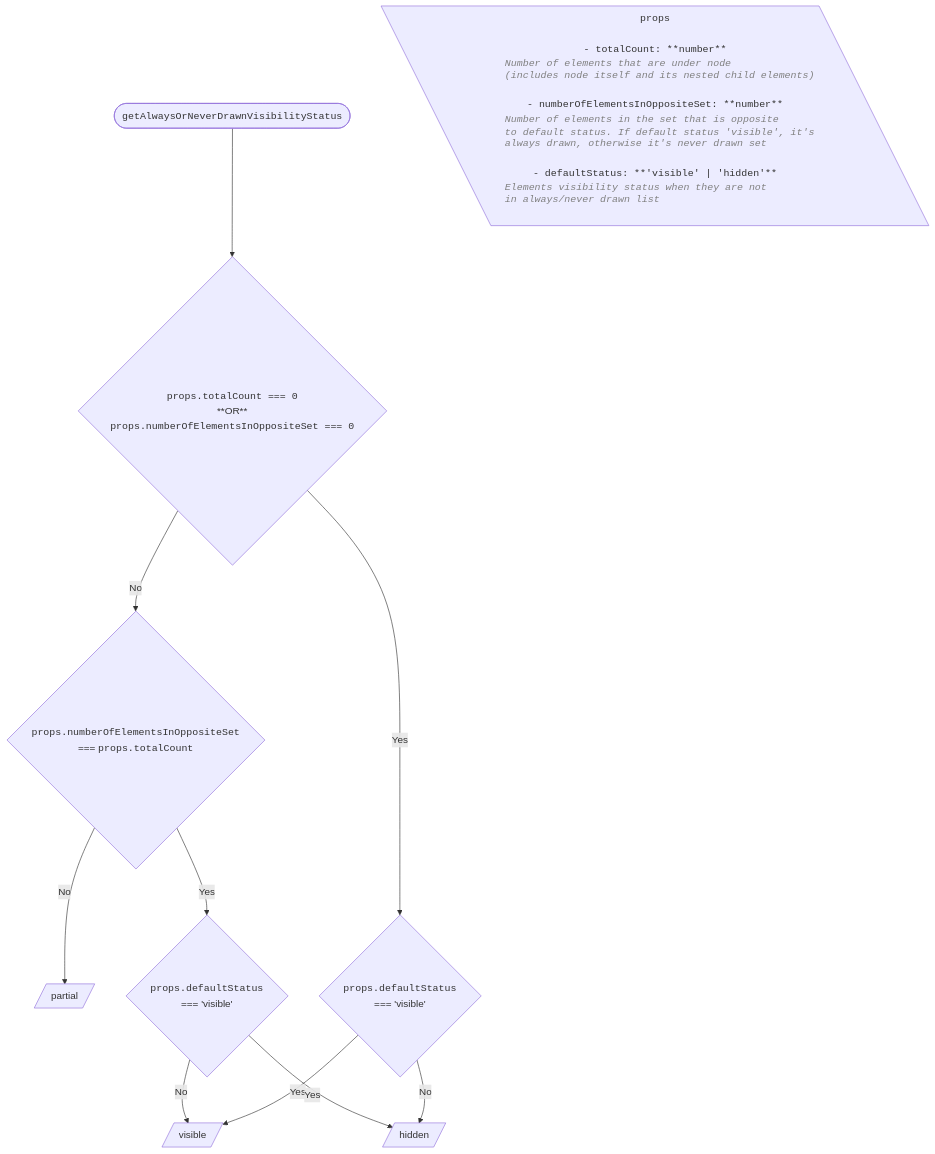
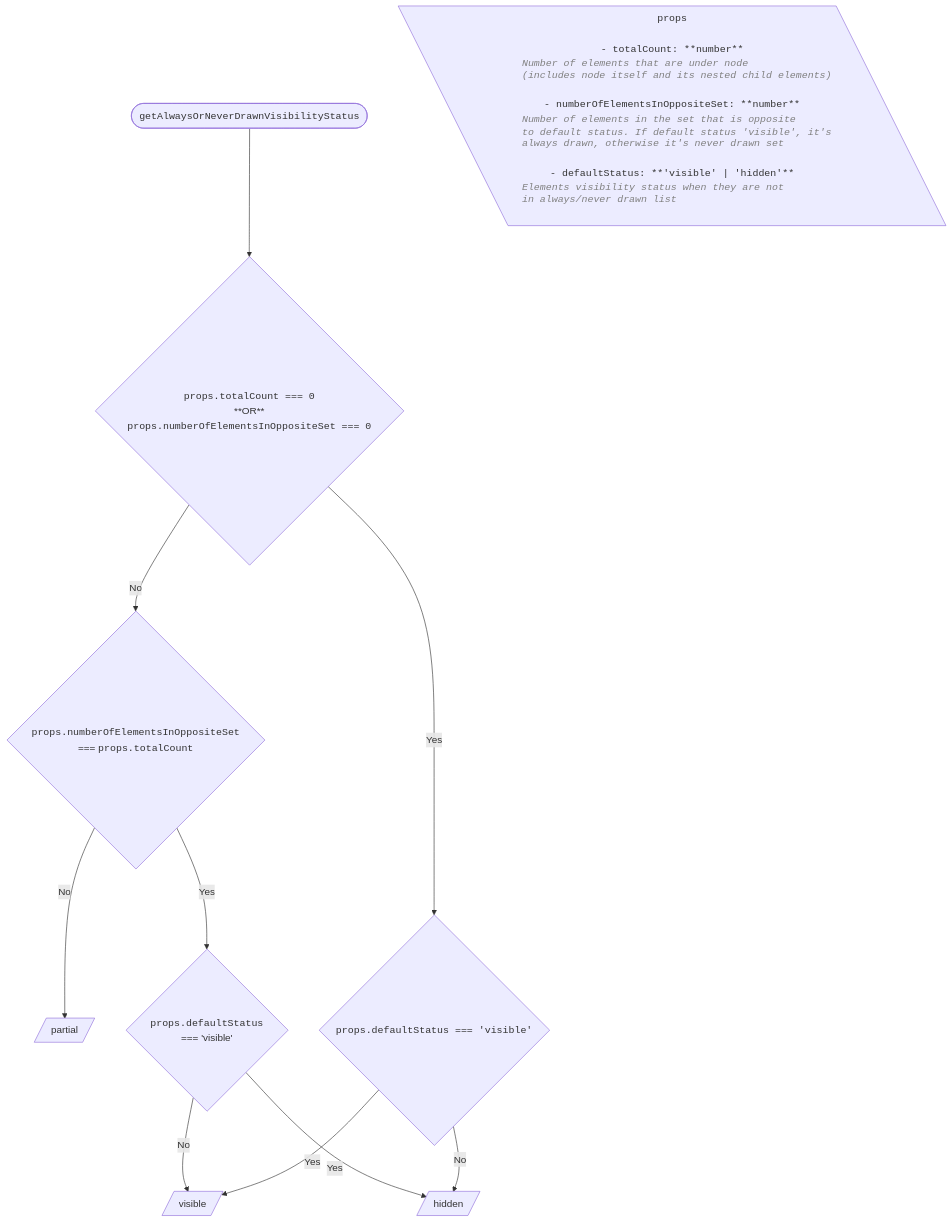
Before and after one commit to iTwin/viewer-components-react: the sixth of 6 diagrams in packages/itwin/tree-widget/docs/SharedVisibilityHandling.md, drawn with Mermaid.

````diff
--- a/packages/itwin/tree-widget/docs/SharedVisibilityHandling.md
+++ b/packages/itwin/tree-widget/docs/SharedVisibilityHandling.md
@@ -387,56 +387,56 @@
 ```mermaid
 ---
 config:
   flowchart:
     wrappingWidth: 750
     useMaxWidth: false
 ---
 
 flowchart TD
   RESULT_Partial[/partial/]
   RESULT_Visible[/visible/]
   RESULT_Hidden[/hidden/]
 
   %% Start
   TITLE(["<code>getAlwaysOrNeverDrawnVisibilityStatus</code>"]) --> A{"<code>props.totalCount === 0</code><br/>**OR**<br/><code>props.numberOfElementsInOppositeSet === 0</code>"}
 
   PROPS[\"
     <code>props</code>
     <code style='text-align: left; line-height: 1.2'>
       - totalCount: **number**
       %% need !important on color since to not take the config color
      <span style='color: #808080 !important; font-style: italic; margin-top: 4px; display: block; margin-left: 15px'>Number of elements that are under node <br/> (includes node itself and its nested child elements)
      </span>
       - numberOfElementsInOppositeSet: **number**
       <span style='color: #808080 !important; font-style: italic; margin-top: 4px; display: block; margin-left: 15px'>Number of elements in the set that is opposite  <br/> to default status. If default status 'visible', it's  <br/> always drawn, otherwise it's never drawn set
       </span>
       - defaultStatus: **'visible' | 'hidden'**
       <span style='color: #808080 !important; font-style: italic; margin-top: 4px; display: block; margin-left: 15px'>Elements visibility status when they are not <br/>in always/never drawn list
       </span>
     </code>
   "\]
 
   %% Branch Yes
-  A -- Yes --> B1{"<code>props.defaultStatus</code> <br/> === 'visible'"}
+  A -- Yes --> B1{"<code>props.defaultStatus === 'visible'</code>"}
 
     %% Branch Yes
     B1 -- Yes --> RESULT_Visible
 
     %% Branch No
     B1 -- No --> RESULT_Hidden
 
   %% Branch No
   A -- No --> B2{"<code>props.numberOfElementsInOppositeSet</code> <br/> === <code>props.totalCount</code>"}
 
     %% Branch No
     B2 -- No --> RESULT_Partial
 
     %% Branch Yes
     B2 -- Yes --> C{"<code>props.defaultStatus</code> <br/> === 'visible'"}
 
       %% Branch Yes
       C -- Yes --> RESULT_Hidden
 
       %% Branch No
       C -- No --> RESULT_Visible
 ```
````
